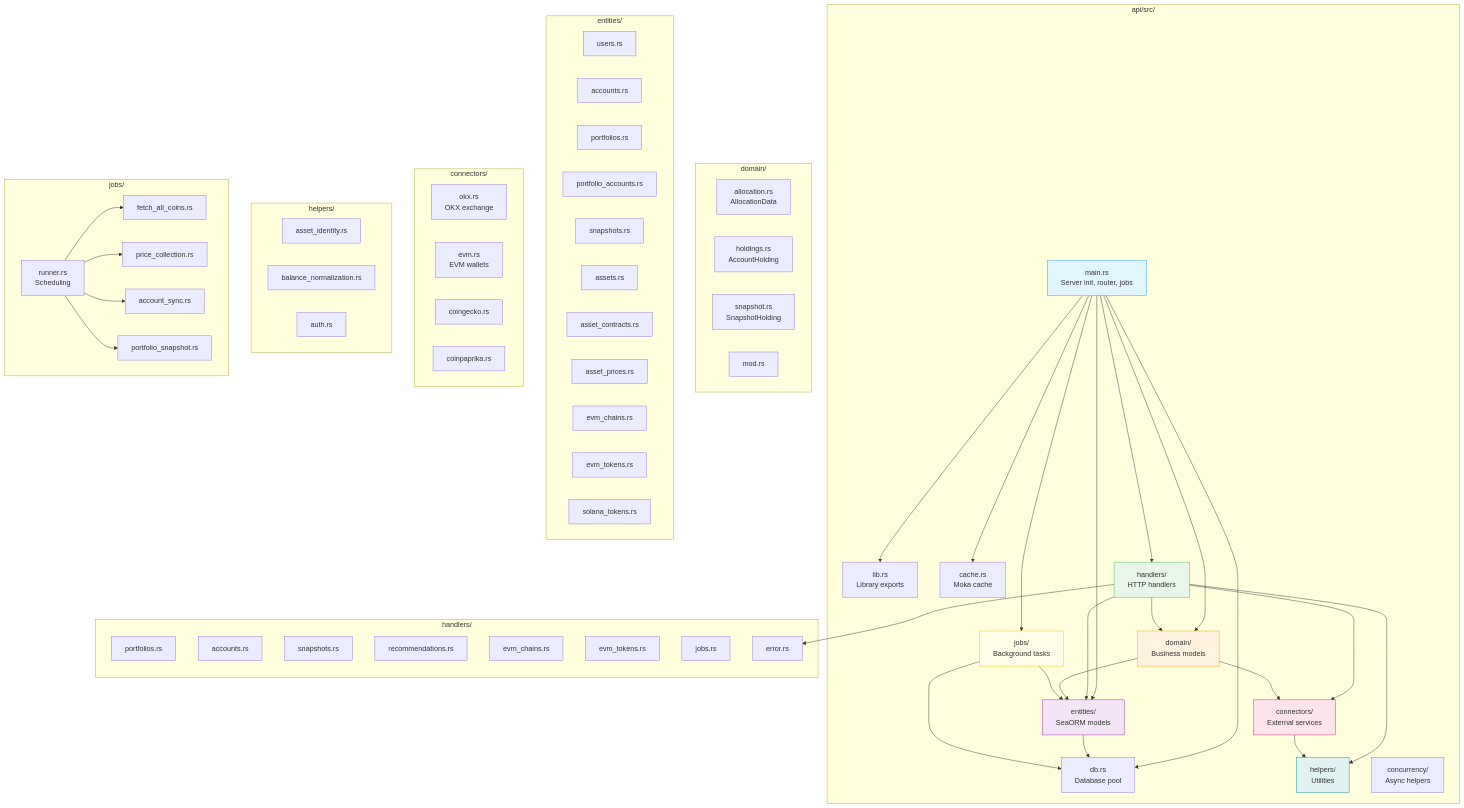
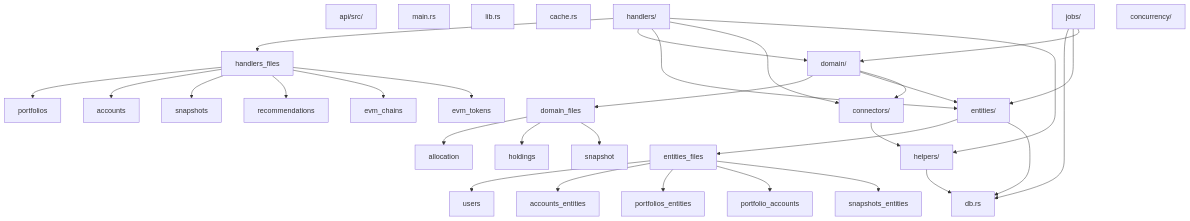
Before and after one commit to doitsu2014/crypto-pocket-butler: diagram 14 of 17 in docs/architecture/01-architecture-design.md, drawn with Mermaid. The commit also changed other lines of this file, not shown here.

Commit message:
docs: Fix Mermaid syntax errors for GitHub compatibility

````diff
--- a/docs/architecture/01-architecture-design.md
+++ b/docs/architecture/01-architecture-design.md
@@ -565,80 +403,37 @@
 ```mermaid
 graph TB
-    subgraph "api/src/"
-        main[main.rs<br/>Server init, router, jobs]
-        lib[lib.rs<br/>Library exports]
-        db[db.rs<br/>Database pool]
-        cache[cache.rs<br/>Moka cache]
-        
-        handlers[handlers/<br/>HTTP handlers]
-        domain[domain/<br/>Business models]
-        entities[entities/<br/>SeaORM models]
-        connectors[connectors/<br/>External services]
-        helpers[helpers/<br/>Utilities]
-        jobs[jobs/<br/>Background tasks]
-        concurrency[concurrency/<br/>Async helpers]
-    end
+    api_src[api/src/]
+    main[main.rs]
+    lib[lib.rs]
+    db[db.rs]
+    cache[cache.rs]
+    handlers[handlers/]
+    domain[domain/]
+    entities[entities/]
+    connectors[connectors/]
+    helpers[helpers/]
+    jobs[jobs/]
+    concurrency[concurrency/]
     
-    subgraph "handlers/"
-        h_portfolios[portfolios.rs]
-        h_accounts[accounts.rs]
-        h_snapshots[snapshots.rs]
-        h_recs[recommendations.rs]
-        h_evm_chains[evm_chains.rs]
-        h_evm_tokens[evm_tokens.rs]
-        h_jobs[jobs.rs]
-        h_error[error.rs]
-    end
+    handlers --> handlers_files
+    handlers_files --> portfolios
+    handlers_files --> accounts
+    handlers_files --> snapshots
+    handlers_files --> recommendations
+    handlers_files --> evm_chains
+    handlers_files --> evm_tokens
     
-    subgraph "domain/"
-        d_allocation[allocation.rs<br/>AllocationData]
-        d_holdings[holdings.rs<br/>AccountHolding]
-        d_snapshot[snapshot.rs<br/>SnapshotHolding]
-        d_mod[mod.rs]
-    end
+    domain --> domain_files
+    domain_files --> allocation
+    domain_files --> holdings
+    domain_files --> snapshot
     
-    subgraph "entities/"
-        e_users[users.rs]
-        e_accounts[accounts.rs]
-        e_portfolios[portfolios.rs]
-        e_portfolio_accs[portfolio_accounts.rs]
-        e_snapshots[snapshots.rs]
-        e_assets[assets.rs]
-        e_contracts[asset_contracts.rs]
-        e_prices[asset_prices.rs]
-        e_chains[evm_chains.rs]
-        e_tokens[evm_tokens.rs]
-        e_sol_tokens[solana_tokens.rs]
-    end
-    
-    subgraph "connectors/"
-        c_okx[okx.rs<br/>OKX exchange]
-        c_evm[evm.rs<br/>EVM wallets]
-        c_coingecko[coingecko.rs]
-        c_paprika[coinpaprika.rs]
-    end
-    
-    subgraph "helpers/"
-        h_asset_id[asset_identity.rs]
-        h_balance[balance_normalization.rs]
-        h_auth[auth.rs]
-    end
-    
-    subgraph "jobs/"
-        j_runner[runner.rs<br/>Scheduling]
-        j_fetch[fetch_all_coins.rs]
-        j_price[price_collection.rs]
-        j_sync[account_sync.rs]
-        j_snapshot[portfolio_snapshot.rs]
-    end
-    
-    main --> lib
-    main --> db
-    main --> cache
-    main --> handlers
-    main --> domain
-    main --> entities
-    main --> jobs
+    entities --> entities_files
+    entities_files --> users
+    entities_files --> accounts_entities
+    entities_files --> portfolios_entities
+    entities_files --> portfolio_accounts
+    entities_files --> snapshots_entities
     
     handlers --> domain
     handlers --> entities
@@ -650,20 +445,8 @@
     
     entities --> db
     connectors --> helpers
-    handlers --> h_error
-    
+    helpers --> db
     jobs --> db
     jobs --> entities
-    j_runner --> j_fetch
-    j_runner --> j_price
-    j_runner --> j_sync
-    j_runner --> j_snapshot
-    
-    style main fill:#e1f5fe,stroke:#2196f3
-    style handlers fill:#e8f5e9,stroke:#4caf50
-    style domain fill:#fff3e0,stroke:#ff9800
-    style entities fill:#f3e5f5,stroke:#9c27b0
-    style connectors fill:#fce4ec,stroke:#e91e63
-    style helpers fill:#e0f2f1,stroke:#009688
-    style jobs fill:#fffde7,stroke:#ffc107
+    jobs --> domain
 ```
````
